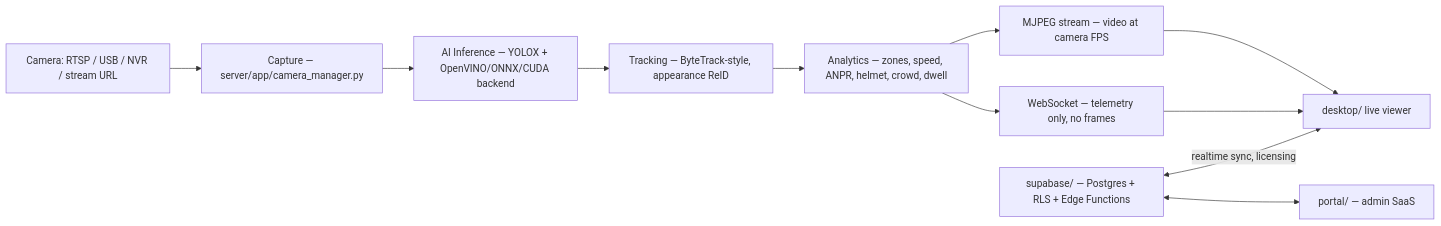
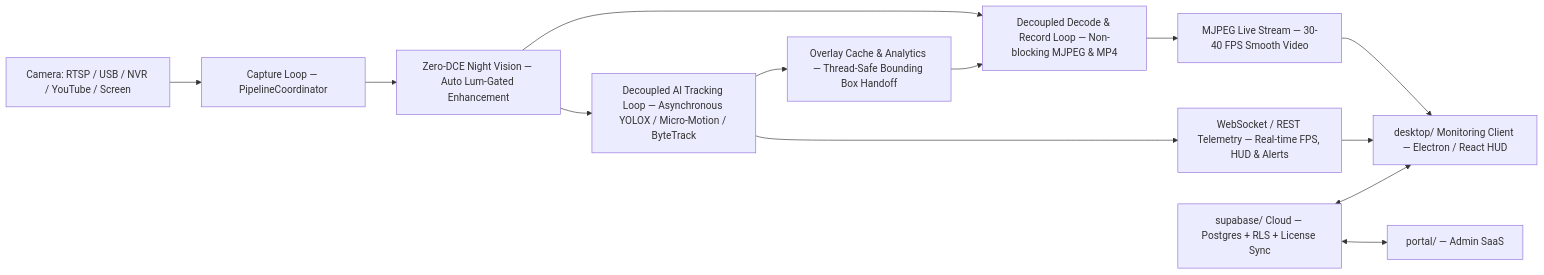
The diagram in README.md (sutharprin098/visionguarda), drawn with Mermaid before and after one commit. The commit also changed other lines of this file and 3 other files, not shown here.

Commit message:
docs: update architecture diagram, performance metrics, and changelog for decoupled 30+ FPS engine

````diff
--- a/README.md
+++ b/README.md
@@ -59,13 +59,15 @@
 ```mermaid
 graph LR
-    A[Camera: RTSP / USB / NVR / stream URL] --> B[Capture — server/app/camera_manager.py]
-    B --> C[AI Inference — YOLOX + OpenVINO/ONNX/CUDA backend]
-    C --> D[Tracking — ByteTrack-style, appearance ReID]
-    D --> E[Analytics — zones, speed, ANPR, helmet, crowd, dwell]
-    E --> F[MJPEG stream — video at camera FPS]
-    E --> G[WebSocket — telemetry only, no frames]
-    F --> H[desktop/ live viewer]
-    G --> H
-    I[supabase/ — Postgres + RLS + Edge Functions] <-->|realtime sync, licensing| H
-    I <--> J[portal/ — admin SaaS]
+    A[Camera: RTSP / USB / NVR / YouTube / Screen] --> B[Capture Loop — PipelineCoordinator]
+    B --> C[Zero-DCE Night Vision — Auto Lum-Gated Enhancement]
+    C --> D[Decoupled Decode & Record Loop — Non-blocking MJPEG & MP4]
+    C --> E[Decoupled AI Tracking Loop — Asynchronous YOLOX / Micro-Motion / ByteTrack]
+    E --> F[Overlay Cache & Analytics — Thread-Safe Bounding Box Handoff]
+    F --> D
+    D --> G[MJPEG Live Stream — 30-40 FPS Smooth Video]
+    E --> H[WebSocket / REST Telemetry — Real-time FPS, HUD & Alerts]
+    G --> I[desktop/ Monitoring Client — Electron / React HUD]
+    H --> I
+    J[supabase/ Cloud — Postgres + RLS + License Sync] <--> I
+    J <--> K[portal/ — Admin SaaS]
 ```
````
